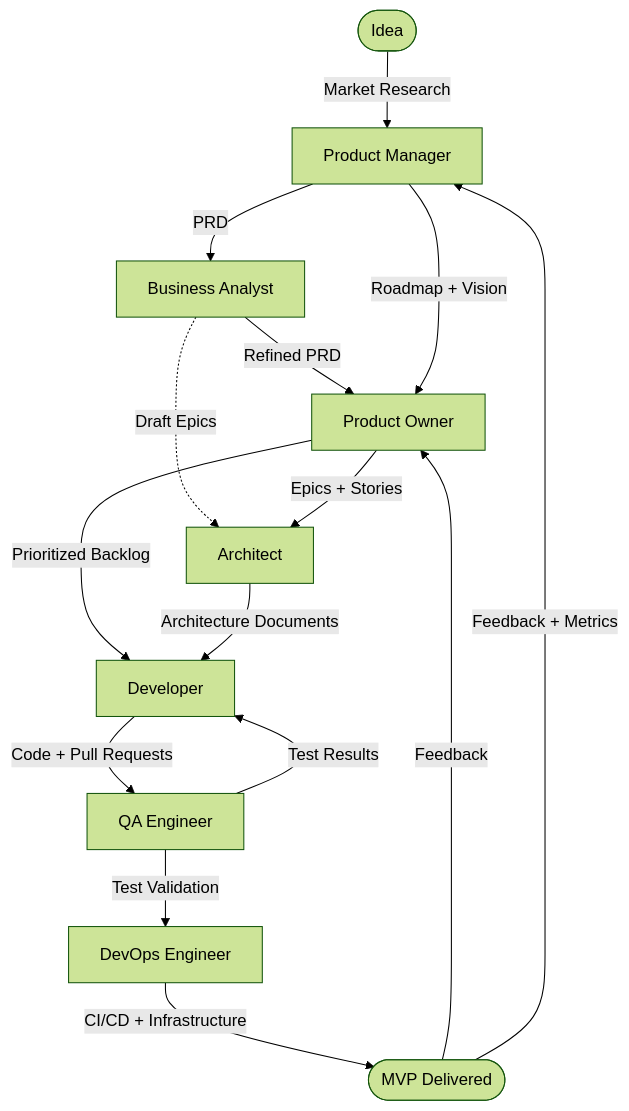
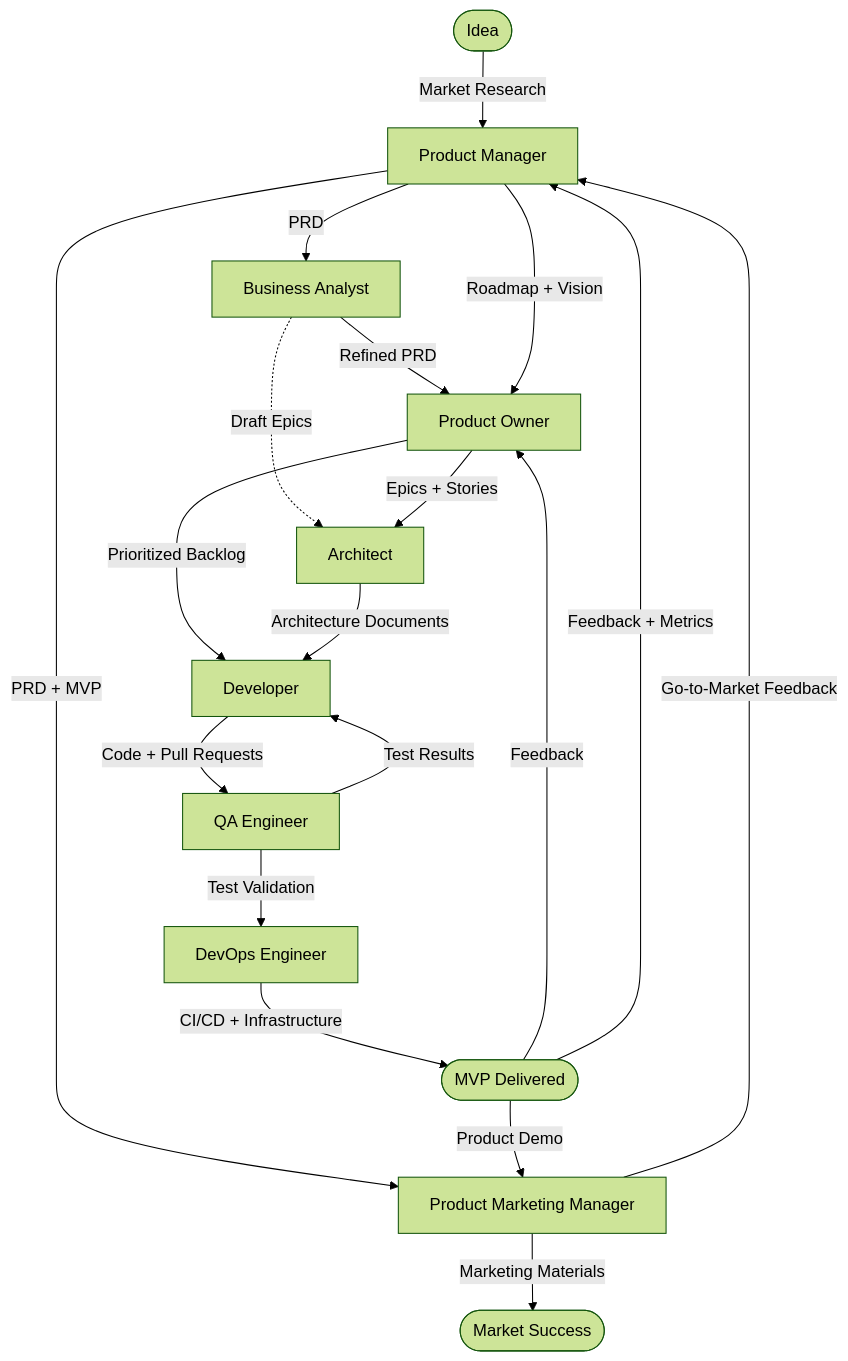
Before and after one commit to KubeRocketCI/kuberocketai: the second of 3 diagrams in docs/architecture/13-sdlc-framework.md, drawn with Mermaid (forest theme). The commit also changed other lines of this file and 15 other files, not shown here.

Commit message:
feat: Add Product Marketing Manager persona

````diff
--- a/docs/architecture/13-sdlc-framework.md
+++ b/docs/architecture/13-sdlc-framework.md
@@ -107,17 +126,21 @@
 ```mermaid
 flowchart TD
     Idea([Idea]) -->|Market Research| PM[Product Manager]
     PM -->|PRD| BA[Business Analyst]
     BA -->|Refined PRD| PO[Product Owner]
     PM -->|Roadmap + Vision| PO
     BA -.Draft Epics.-> Arch[Architect]
     PO -->|Epics + Stories| Arch
     PO -->|Prioritized Backlog| Dev[Developer]
     Arch -->|Architecture Documents| Dev
     Dev -->|Code + Pull Requests| QA[QA Engineer]
     QA -->|Test Results| Dev
     QA -->|Test Validation| DevOps[DevOps Engineer]
     DevOps -->|CI/CD + Infrastructure| MVP([MVP Delivered])
     MVP -->|Feedback| PO
     MVP -->|Feedback + Metrics| PM
+    PM -->|PRD + MVP| PMM[Product Marketing Manager]
+    MVP -->|Product Demo| PMM
+    PMM -->|Marketing Materials| Success([Market Success])
+    PMM -->|Go-to-Market Feedback| PM
 ```
````
